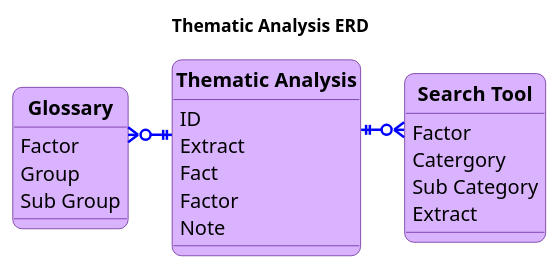
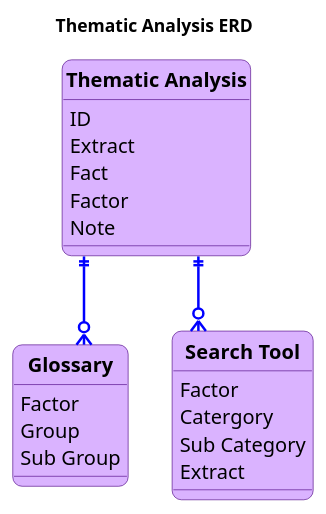
Before and after one commit to nigelgalbraith/portfolio: the diagram in projects/files/PortfolioWebsiteTools/diagrams/ERDs/ThematicAnalysisStructureEDR2.puml, drawn with PlantUML. The commit also changed 5 other files, not shown here.

```diff
--- a/projects/files/PortfolioWebsiteTools/diagrams/ERDs/ThematicAnalysisStructureEDR2.puml
+++ b/projects/files/PortfolioWebsiteTools/diagrams/ERDs/ThematicAnalysisStructureEDR2.puml
@@ -1,49 +1,49 @@
 @startuml
 title Thematic Analysis ERD
 hide stereotype
 hide circle
 skinparam BackgroundColor #ffffff
 skinparam ClassBackgroundColor #dab3ff
 skinparam ClassBorderColor #4b0082
 skinparam ClassFontColor #000000
 skinparam ClassFontStyle bold
 skinparam ClassAttributeIconSize 0
 skinparam DefaultFontName Arial
 skinparam DefaultFontSize 16
 skinparam ArrowColor #0000ff
 skinparam ArrowFontColor #000000
 skinparam ArrowThickness 2
 skinparam LineColor #0000ff
 skinparam LineThickness 2
 skinparam linetype ortho
 skinparam roundcorner 15
 skinparam shadowing false
 ' --- entities ---
 class "Thematic Analysis" as ThematicAnalysis {
   ID
   Extract
   Fact
   Factor
   Note
 }
 
 class "Glossary" as Glossary {
   Factor
   Group
   Sub Group
 }
 
 class "Search Tool" as SearchTool {
   Factor
   Catergory
   Sub Category
   Extract
 }
 
 ' --- relationships ---
-ThematicAnalysis ||-left-o{ Glossary
-ThematicAnalysis ||-right-o{ SearchTool
+ThematicAnalysis ||-down-o{ Glossary
+ThematicAnalysis ||-down-o{ SearchTool
 Glossary -[hidden]right- SearchTool
 ThematicAnalysis -[hidden]down- Glossary
 ThematicAnalysis -[hidden]down- SearchTool
 @enduml
```
